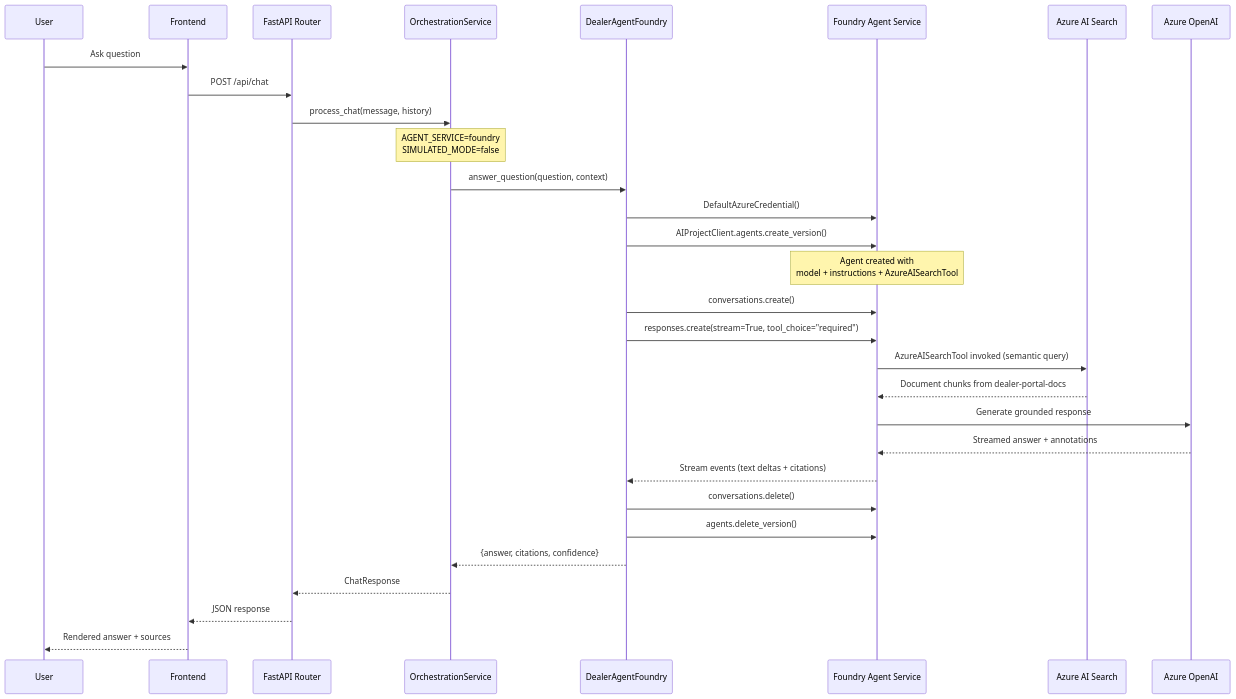
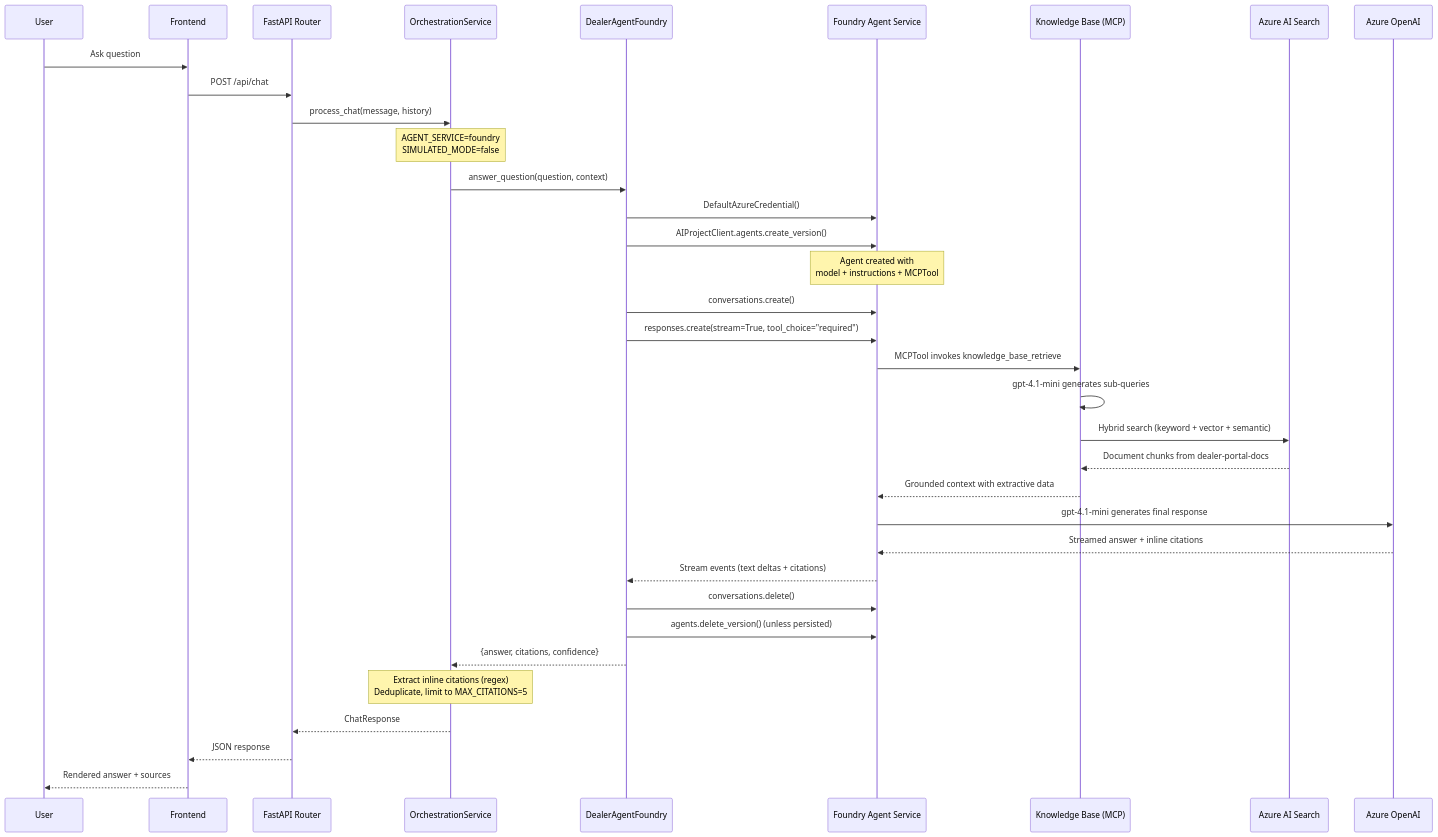
One commit to honestypugh2/foundry-dealer-portal-chat changed the diagram in docs/foundry-agent-execution.md. Above: the diagram before and after it, drawn with Mermaid. The commit also changed other lines of this file and 5 other files, not shown here.

Commit message:
Update docs: fix model refs (gpt-4.1-mini), add MCPTool/agentic retrieval, add missing env vars and endpoints

````diff
--- a/docs/foundry-agent-execution.md
+++ b/docs/foundry-agent-execution.md
@@ -255,39 +286,45 @@
 ```mermaid
 sequenceDiagram
     participant User
     participant Frontend
     participant FastAPI as FastAPI Router
     participant Orch as OrchestrationService
     participant FA as DealerAgentFoundry
     participant Foundry as Foundry Agent Service
+    participant KB as Knowledge Base (MCP)
     participant Search as Azure AI Search
     participant LLM as Azure OpenAI
 
     User->>Frontend: Ask question
     Frontend->>FastAPI: POST /api/chat
     FastAPI->>Orch: process_chat(message, history)
 
     Note over Orch: AGENT_SERVICE=foundry<br/>SIMULATED_MODE=false
 
     Orch->>FA: answer_question(question, context)
     FA->>Foundry: DefaultAzureCredential()
     FA->>Foundry: AIProjectClient.agents.create_version()
-    Note over Foundry: Agent created with<br/>model + instructions + AzureAISearchTool
+    Note over Foundry: Agent created with<br/>model + instructions + MCPTool
 
     FA->>Foundry: conversations.create()
     FA->>Foundry: responses.create(stream=True, tool_choice="required")
 
-    Foundry->>Search: AzureAISearchTool invoked (semantic query)
-    Search-->>Foundry: Document chunks from dealer-portal-docs
-    Foundry->>LLM: Generate grounded response
-    LLM-->>Foundry: Streamed answer + annotations
+    Foundry->>KB: MCPTool invokes knowledge_base_retrieve
+    KB->>KB: gpt-4.1-mini generates sub-queries
+    KB->>Search: Hybrid search (keyword + vector + semantic)
+    Search-->>KB: Document chunks from dealer-portal-docs
+    KB-->>Foundry: Grounded context with extractive data
+
+    Foundry->>LLM: gpt-4.1-mini generates final response
+    LLM-->>Foundry: Streamed answer + inline citations
 
     Foundry-->>FA: Stream events (text deltas + citations)
     FA->>Foundry: conversations.delete()
-    FA->>Foundry: agents.delete_version()
+    FA->>Foundry: agents.delete_version() (unless persisted)
 
     FA-->>Orch: {answer, citations, confidence}
+    Note over Orch: Extract inline citations (regex)<br/>Deduplicate, limit to MAX_CITATIONS=5
     Orch-->>FastAPI: ChatResponse
     FastAPI-->>Frontend: JSON response
     Frontend-->>User: Rendered answer + sources
 ```
````
